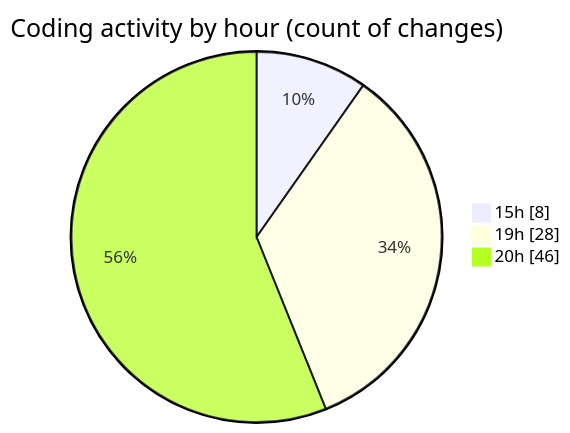
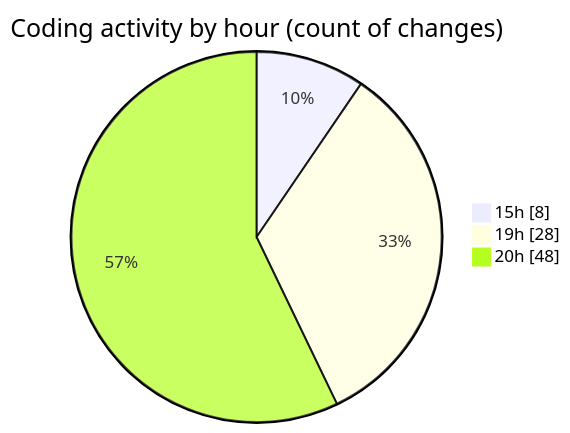
Before and after one commit to Ritupan-Deka/code-tracking: the second of 2 diagrams in 2025-01-26/search/README.md, drawn with Mermaid. The commit also changed other lines of this file and 1 other file, not shown here.

````diff
--- a/2025-01-26/search/README.md
+++ b/2025-01-26/search/README.md
@@ -31,7 +31,7 @@
 ```mermaid
 pie showData
 title Coding activity by hour (count of changes)
 "15h" : 8
 "19h" : 28
-"20h" : 46
+"20h" : 48
 ```
````
